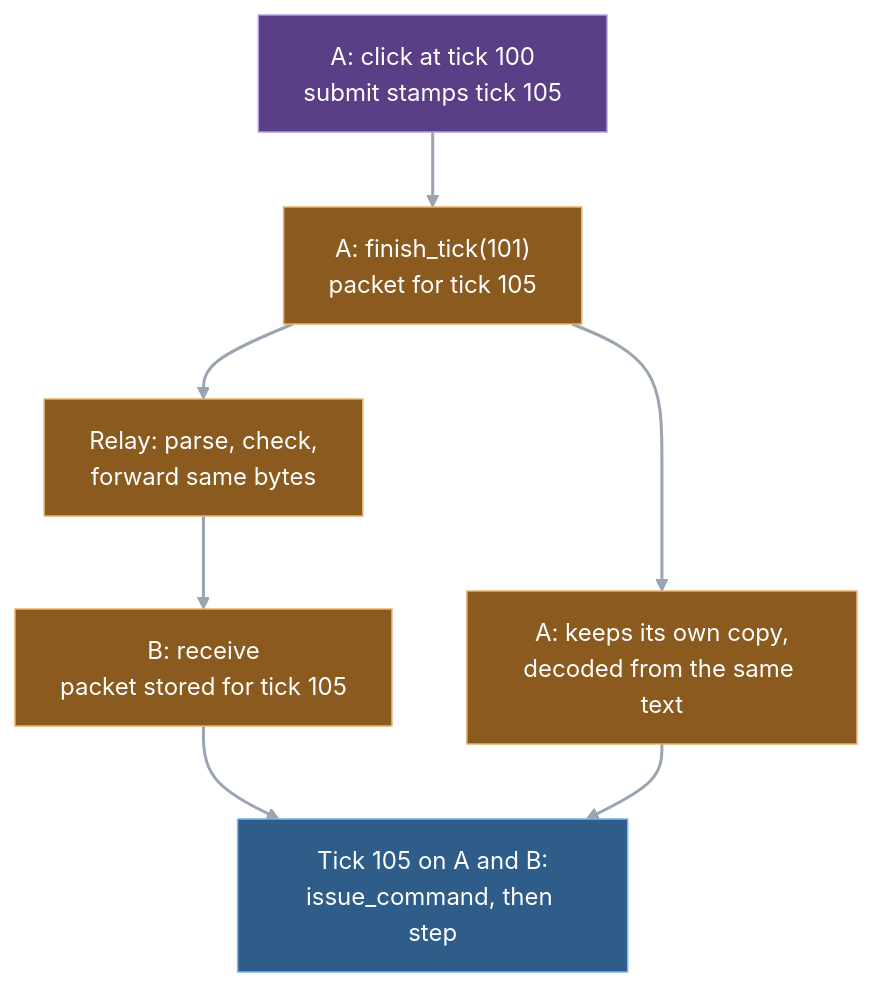
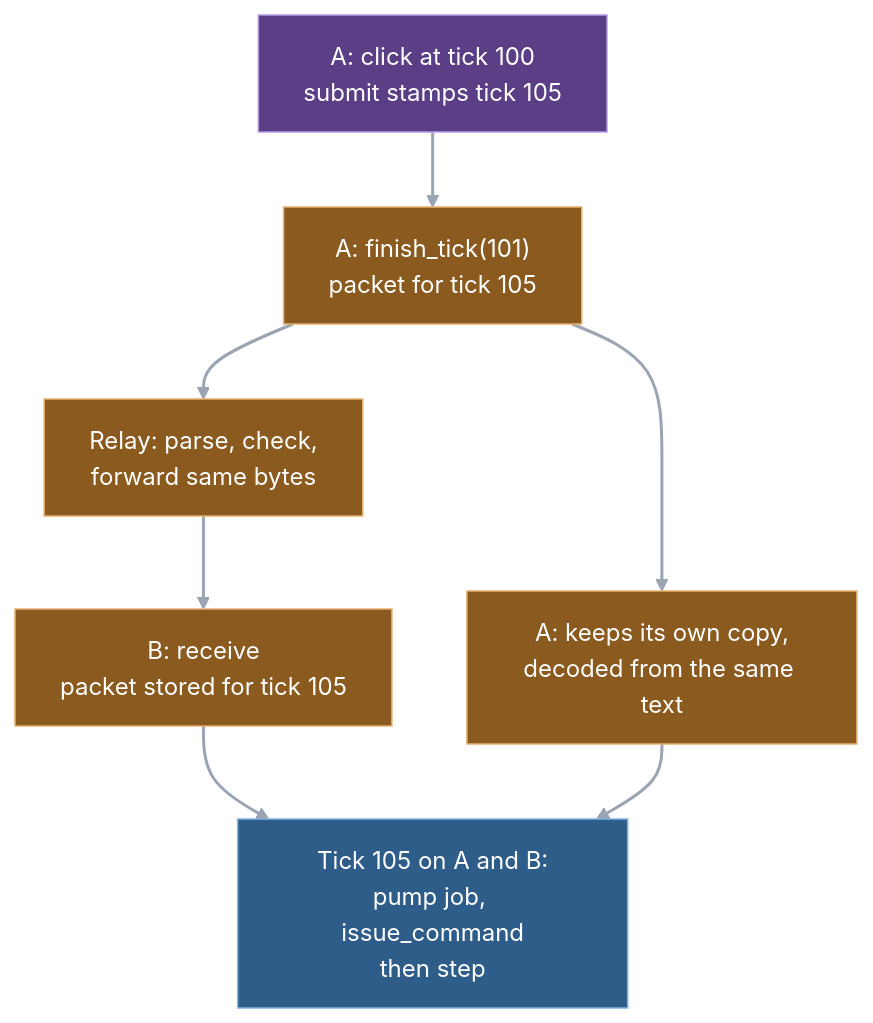
The second of 2 diagrams in docs/guide/11-multiplayer.md (blackcindergames/wargrid), drawn with Mermaid before and after one commit. The commit also changed other lines of this file and 10 other files, not shown here.

````diff
--- a/docs/guide/11-multiplayer.md
+++ b/docs/guide/11-multiplayer.md
@@ -52,16 +53,16 @@
 ```mermaid
 flowchart TD
     C["A: click at tick 100<br/>submit stamps tick 105"] --> P["A: finish_tick(101)<br/>packet for tick 105"]
     P --> R["Relay: parse, check,<br/>forward same bytes"]
     P --> L["A: keeps its own copy,<br/>decoded from the same text"]
     R --> B["B: receive<br/>packet stored for tick 105"]
-    B --> E["Tick 105 on A and B:<br/>issue_command, then step"]
+    B --> E["Tick 105 on A and B:<br/>pump job, issue_command<br/>then step"]
     L --> E
     classDef sim fill:#2f5d8a,stroke:#7fb3e6,color:#ffffff
     classDef driver fill:#5b3f86,stroke:#b79ae6,color:#ffffff
     classDef net fill:#8a5a1f,stroke:#e6b06f,color:#ffffff
     class C driver
     class P,R,L,B net
     class E sim
     linkStyle default stroke:#9aa4b2,stroke-width:2px
 ```
````
